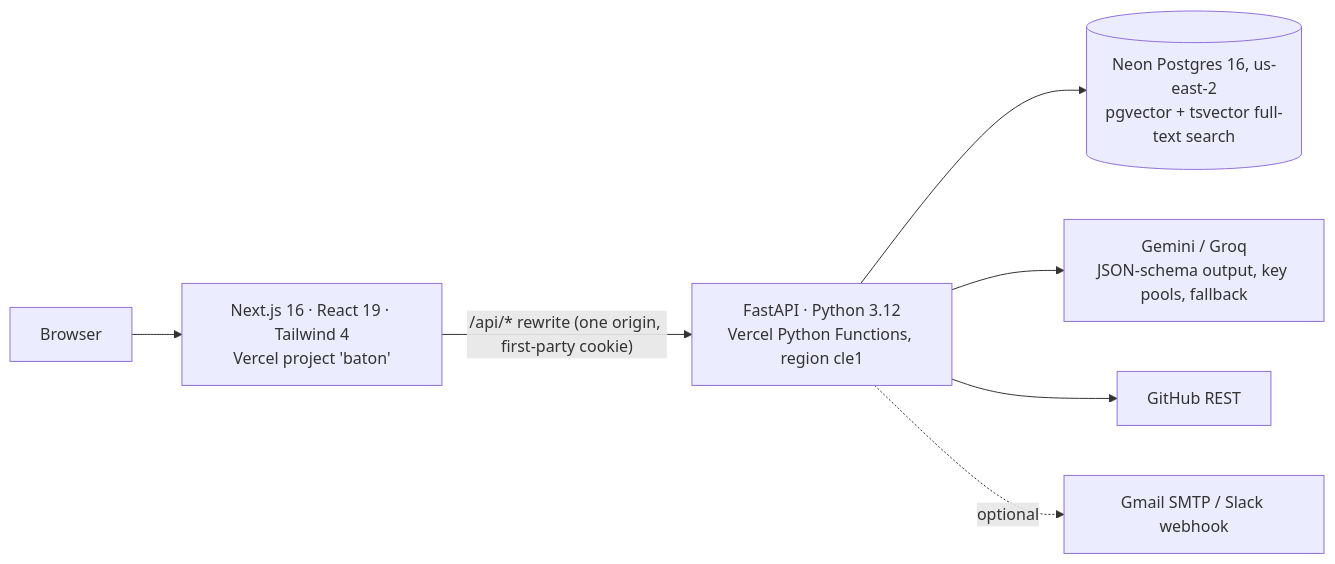
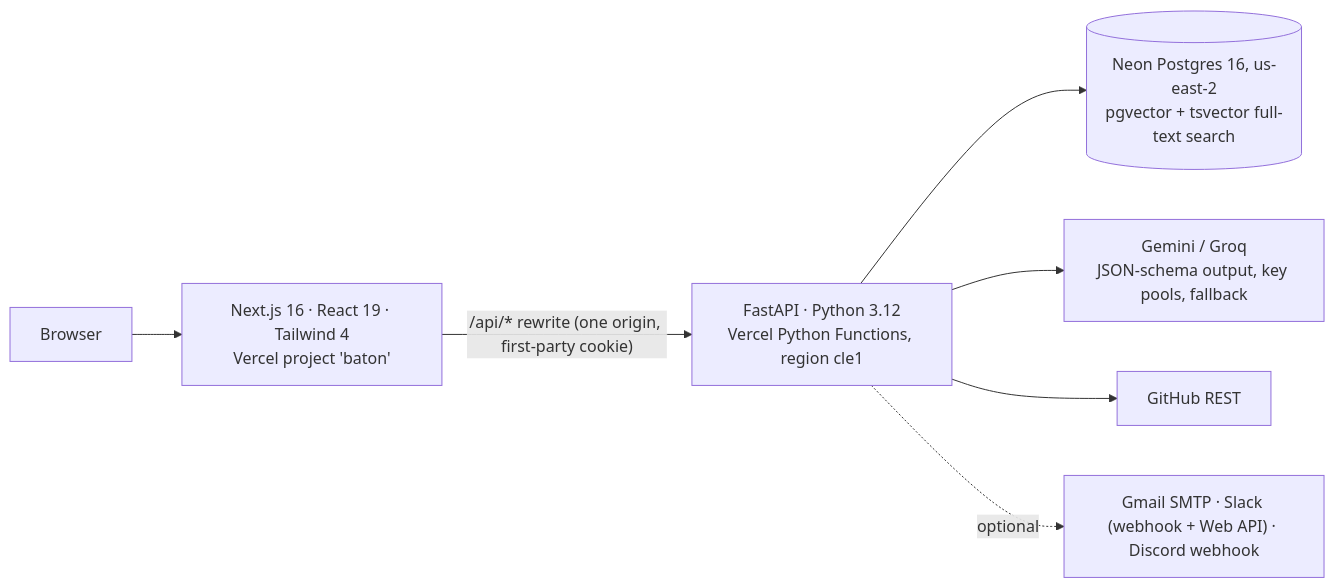
The diagram in docs/ARCHITECTURE.md (theseriouscoder123/CodersPune), drawn with Mermaid before and after one commit. The commit also changed other lines of this file and 2 other files, not shown here.

Commit message:
README and ARCHITECTURE for the redesign and Phase B: tour wording for the sidebar layout, new features, current test numbers, fonts and services; architecture adds the nav endpoint, cancel/resume, the features added after the three improvements and the interface layer

````diff
--- a/docs/ARCHITECTURE.md
+++ b/docs/ARCHITECTURE.md
@@ -8,9 +8,9 @@
 ```mermaid
 flowchart LR
   B[Browser] --> W["Next.js 16 · React 19 · Tailwind 4<br/>Vercel project 'baton'"]
   W -- "/api/* rewrite (one origin, first-party cookie)" --> A["FastAPI · Python 3.12<br/>Vercel Python Functions, region cle1"]
   A --> P[("Neon Postgres 16, us-east-2<br/>pgvector + tsvector full-text search")]
   A --> L["Gemini / Groq<br/>JSON-schema output, key pools, fallback"]
   A --> G[GitHub REST]
-  A -. optional .-> N[Gmail SMTP / Slack webhook]
+  A -. optional .-> N["Gmail SMTP · Slack (webhook + Web API) · Discord webhook"]
 ```
````
